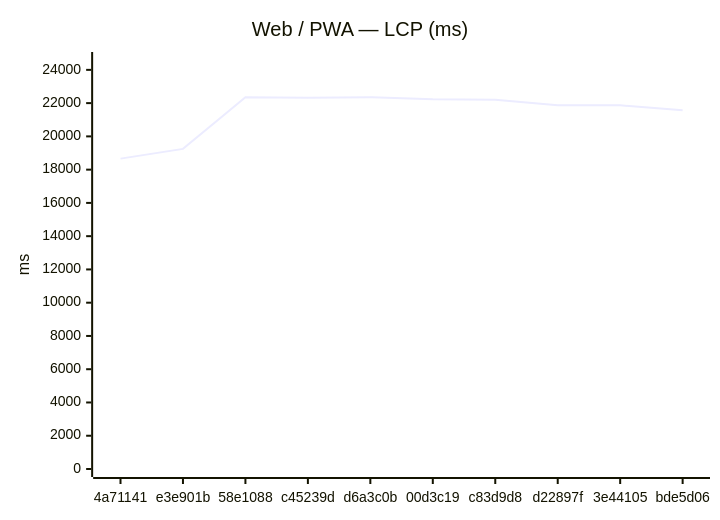
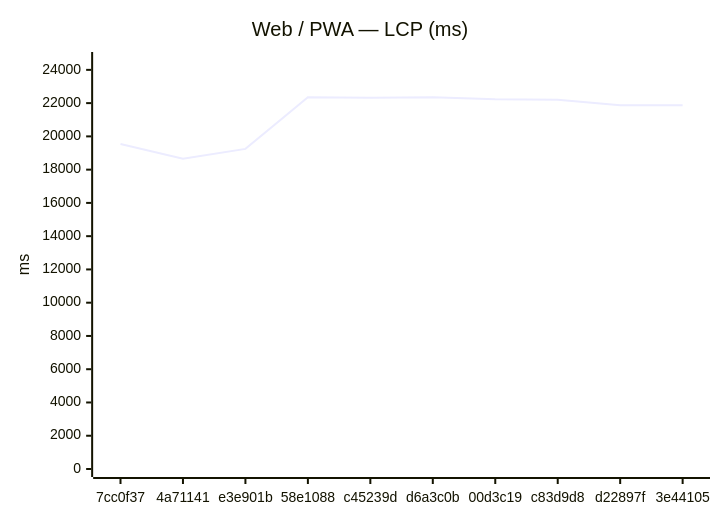
One commit to Metaheurist/Rianell changed the first of 18 diagrams in benchmarks/compare.md. Above: the diagram before and after it, drawn with Mermaid. The commit also changed other lines of this file and 11 other files, not shown here.

````diff
--- a/benchmarks/compare.md
+++ b/benchmarks/compare.md
@@ -24,7 +24,7 @@
 ```mermaid
 xychart-beta
     title "Web / PWA — LCP (ms)"
-    x-axis ["4a71141", "e3e901b", "58e1088", "c45239d", "d6a3c0b", "00d3c19", "c83d9d8", "d22897f", "3e44105", "bde5d06"]
+    x-axis ["7cc0f37", "4a71141", "e3e901b", "58e1088", "c45239d", "d6a3c0b", "00d3c19", "c83d9d8", "d22897f", "3e44105"]
     y-axis "ms" 0 --> 24593
-    line [18663, 19248, 22351, 22326, 22357, 22240, 22209, 21878, 21870, 21566]
+    line [19542, 18663, 19248, 22351, 22326, 22357, 22240, 22209, 21878, 21870]
 ```
````
